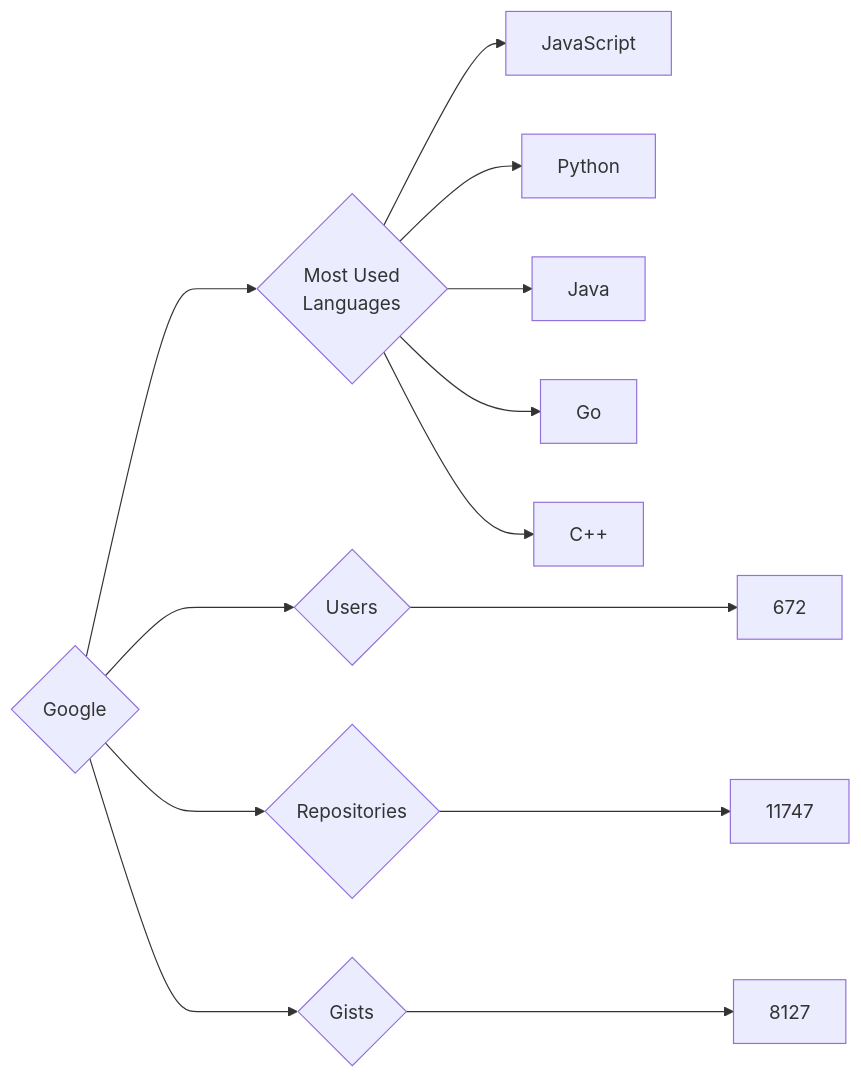
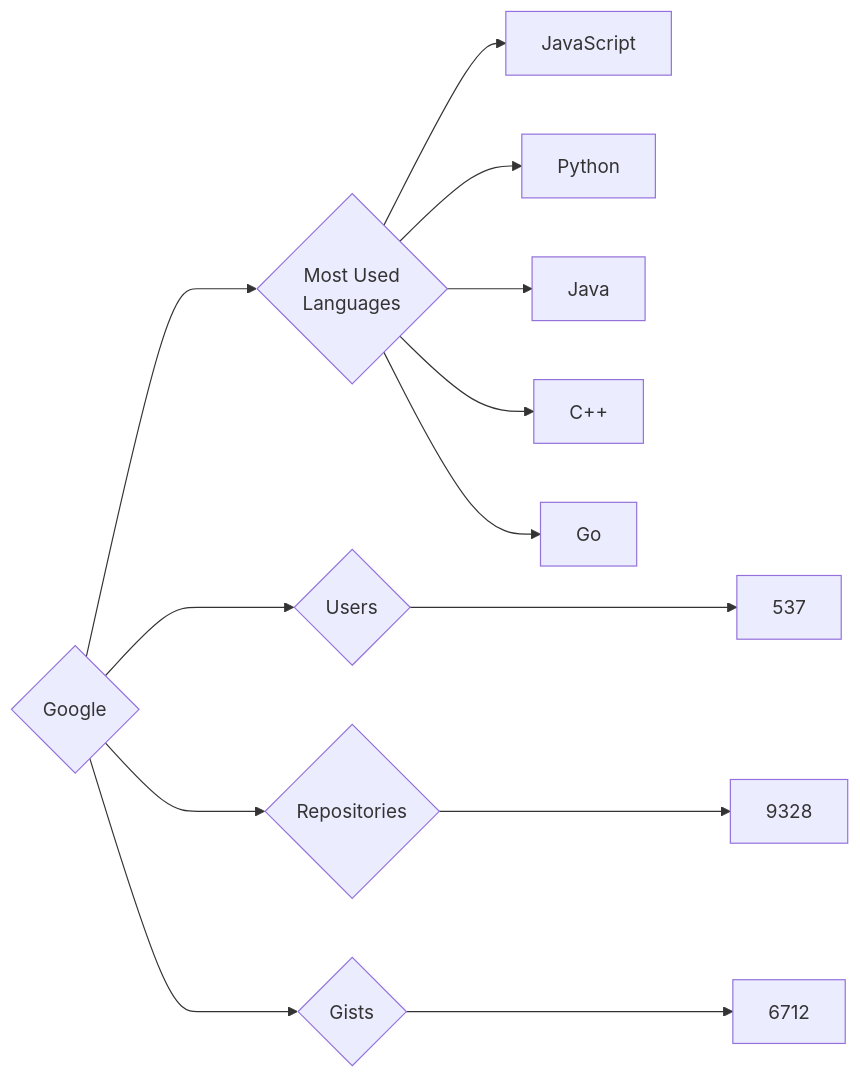
Before and after one commit to trickest/insiders: the diagram in targets/Google/README.md, drawn with Mermaid. The commit also changed 657 other files, not shown here.

````diff
--- a/targets/Google/README.md
+++ b/targets/Google/README.md
@@ -3,13 +3,13 @@
 ```mermaid
 graph LR
 COMPANY_NAME{Google}
-COMPANY_NAME ---> U{Users} ---> UN[672]
-COMPANY_NAME ---> R{Repositories} ---> RN[11747]
-COMPANY_NAME ---> G{Gists} ---> GN[8127]
+COMPANY_NAME ---> U{Users} ---> UN[537]
+COMPANY_NAME ---> R{Repositories} ---> RN[9328]
+COMPANY_NAME ---> G{Gists} ---> GN[6712]
 COMPANY_NAME ---> ML{Most Used<br>Languages}
 ML --> JavaScript[JavaScript]
 ML --> Python[Python]
 ML --> Java[Java]
+ML --> C++[C++]
 ML --> Go[Go]
-ML --> C++[C++]
 ```
````
